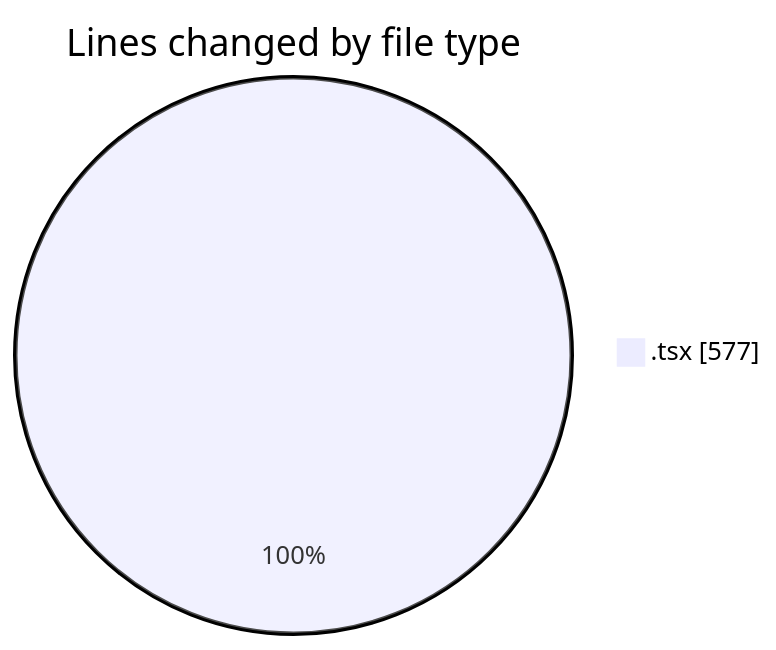
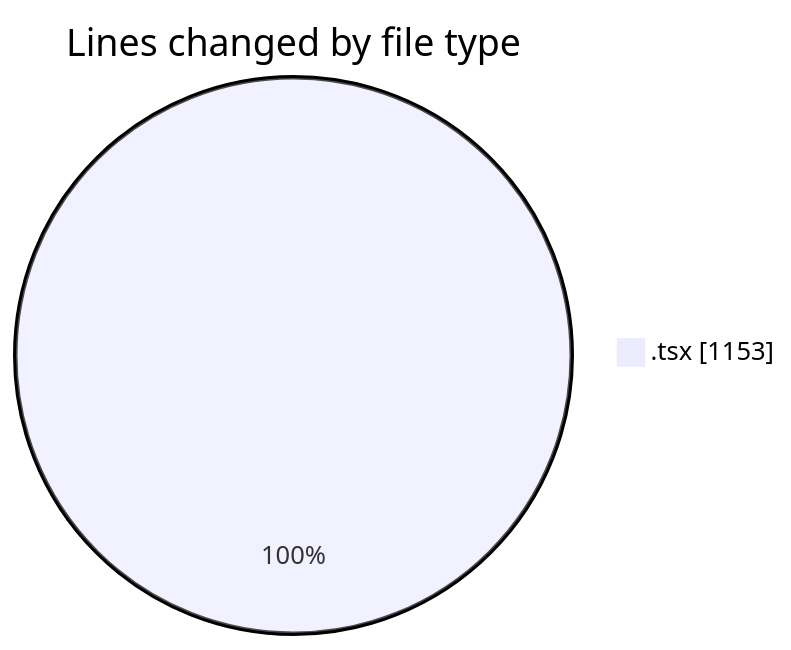
One commit to momahboobian/code-tracking changed the first of 2 diagrams in 2025-07-02/cda/README.md. Above: the diagram before and after it, drawn with Mermaid. The commit also changed other lines of this file and 1 other file, not shown here.

````diff
--- a/2025-07-02/cda/README.md
+++ b/2025-07-02/cda/README.md
@@ -20,5 +20,5 @@
 ```mermaid
 pie showData
 title Lines changed by file type
-".tsx" : 577
+".tsx" : 1153
 ```
````
